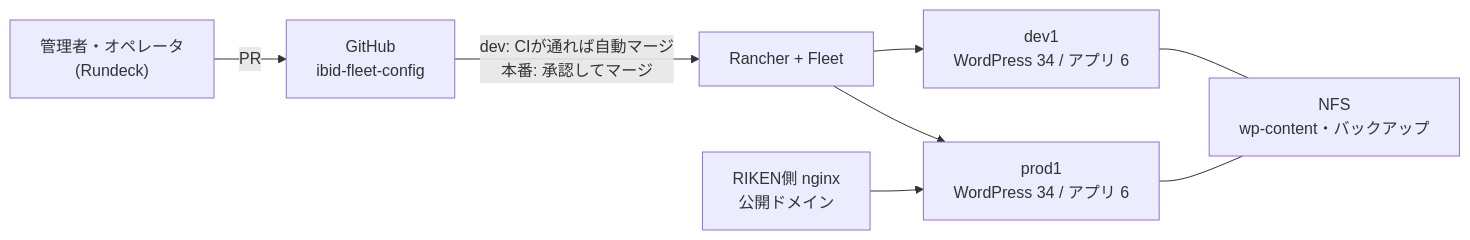
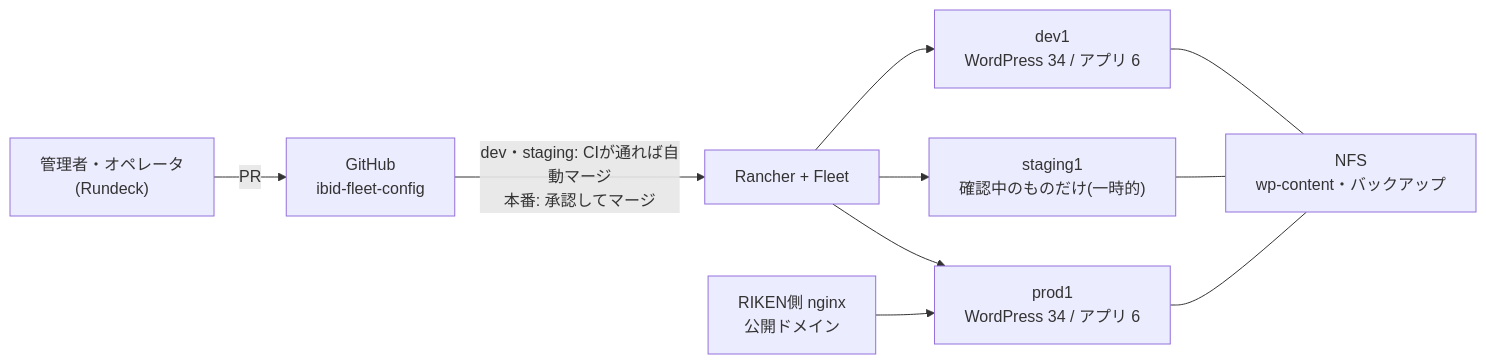
One commit to silver198545/ibid-fleet-config changed the diagram in README.md. Above: the diagram before and after it, drawn with Mermaid. The commit also changed other lines of this file and 24 other files, not shown here.

````diff
--- a/README.md
+++ b/README.md
@@ -11,10 +11,12 @@
 ```mermaid
 flowchart LR
   OP["管理者・オペレータ<br>(Rundeck)"] -->|PR| GH["GitHub<br>ibid-fleet-config"]
-  GH -->|"dev: CIが通れば自動マージ<br>本番: 承認してマージ"| FLEET["Rancher + Fleet"]
+  GH -->|"dev・staging: CIが通れば自動マージ<br>本番: 承認してマージ"| FLEET["Rancher + Fleet"]
   FLEET --> DEV["dev1<br>WordPress 34 / アプリ 6"]
+  FLEET --> STG["staging1<br>確認中のものだけ(一時的)"]
   FLEET --> PROD["prod1<br>WordPress 34 / アプリ 6"]
   DEV --- NFS["NFS<br>wp-content・バックアップ"]
+  STG --- NFS
   PROD --- NFS
   NGINX["RIKEN側 nginx<br>公開ドメイン"] --> PROD
 ```
````
